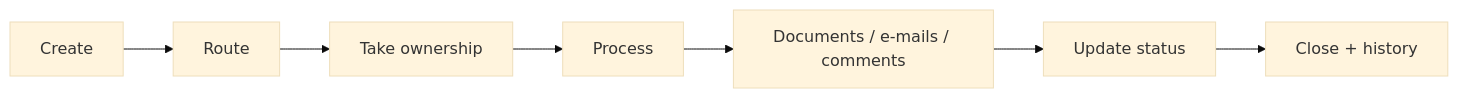
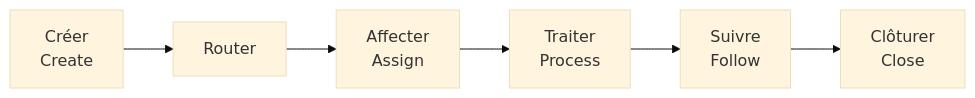
Before and after one commit to jeffersonkuku/jefferson-Mawapanga-Saku: the first of 11 diagrams in projects/power-platform-ticketing-system/README.md, drawn with Mermaid (base theme). The commit also changed other lines of this file, not shown here.

````diff
--- a/projects/power-platform-ticketing-system/README.md
+++ b/projects/power-platform-ticketing-system/README.md
@@ -17,9 +19,8 @@
 ```mermaid
 flowchart LR
-    A[Create] --> B[Route]
-    B --> C[Take ownership]
-    C --> D[Process]
-    D --> E[Documents / e-mails / comments]
-    E --> F[Update status]
-    F --> G[Close + history]
+    A[Créer<br/>Create] --> B[Router]
+    B --> C[Affecter<br/>Assign]
+    C --> D[Traiter<br/>Process]
+    D --> E[Suivre<br/>Follow]
+    E --> F[Clôturer<br/>Close]
 ```
````
